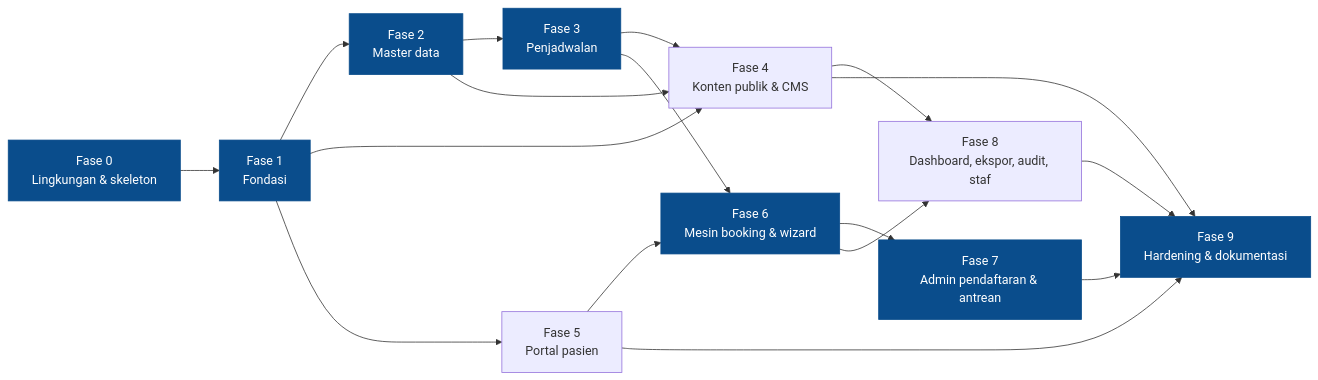
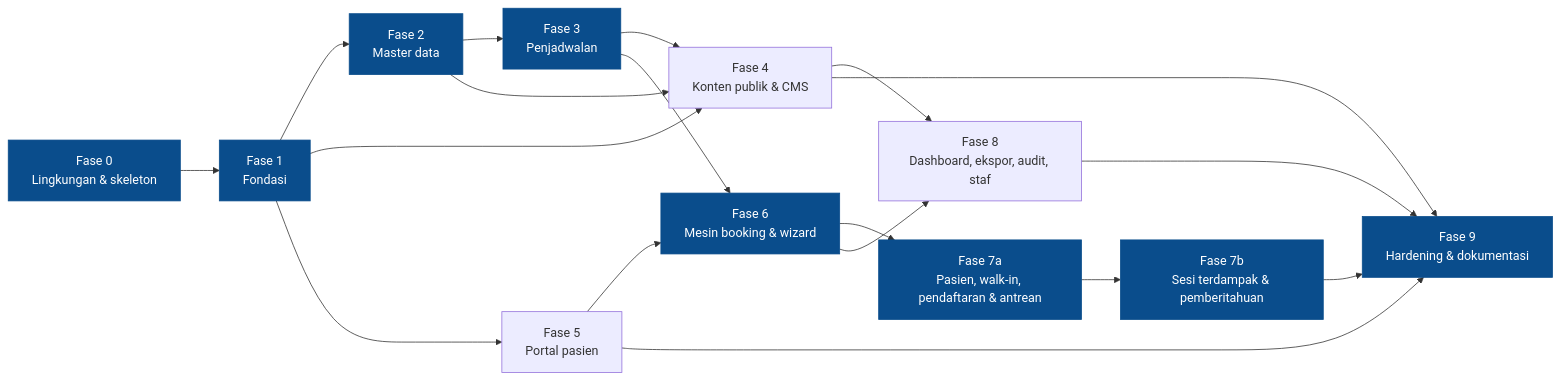
The diagram in docs/superpowers/specs/2026-10-02-unpam-hospital-blueprint/14-tahapan-implementasi.md (omangs007/Tugas_Pemrograman_2_UNPAM_HOSPITAL), drawn with Mermaid before and after one commit. The commit also changed other lines of this file and 8 other files, not shown here.

````diff
--- a/docs/superpowers/specs/2026-10-02-unpam-hospital-blueprint/14-tahapan-implementasi.md
+++ b/docs/superpowers/specs/2026-10-02-unpam-hospital-blueprint/14-tahapan-implementasi.md
@@ -43,21 +44,22 @@
 ```mermaid
 flowchart LR
     F0["Fase 0<br/>Lingkungan & skeleton"] --> F1["Fase 1<br/>Fondasi"]
     F1 --> F2["Fase 2<br/>Master data"]
     F2 --> F3["Fase 3<br/>Penjadwalan"]
     F1 --> F4["Fase 4<br/>Konten publik & CMS"]
     F2 --> F4
     F3 --> F4
     F1 --> F5["Fase 5<br/>Portal pasien"]
     F3 --> F6["Fase 6<br/>Mesin booking & wizard"]
     F5 --> F6
-    F6 --> F7["Fase 7<br/>Admin pendaftaran & antrean"]
+    F6 --> F7["Fase 7a<br/>Pasien, walk-in, pendaftaran & antrean"]
+    F7 --> F7B["Fase 7b<br/>Sesi terdampak & pemberitahuan"]
     F6 --> F8["Fase 8<br/>Dashboard, ekspor, audit, staf"]
     F4 --> F8
     F4 --> F9["Fase 9<br/>Hardening & dokumentasi"]
     F5 --> F9
-    F7 --> F9
+    F7B --> F9
     F8 --> F9
     classDef crit fill:#0A4D8C,stroke:#0A4D8C,color:#ffffff;
-    class F0,F1,F2,F3,F6,F7,F9 crit;
+    class F0,F1,F2,F3,F6,F7,F7B,F9 crit;
 ```
````
